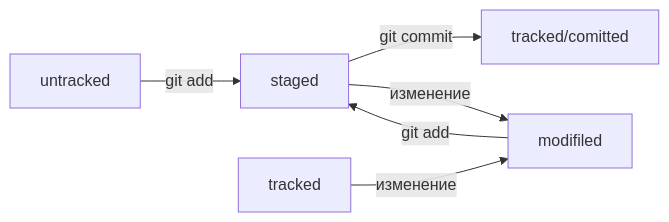
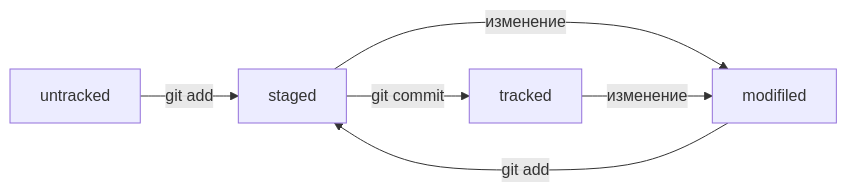
One commit to AvdakovArtem/cheatsheet changed the diagram in README.md. Above: the diagram before and after it, drawn with Mermaid.

Commit message:
Шпаргалка - убрать у схемы статусов комитта, статус tracked/comitted

````diff
--- a/README.md
+++ b/README.md
@@ -64,8 +64,8 @@
 ```mermaid  
 graph LR;  
 untracked -- "git add"    --> staged;  
-staged    -- "git commit" --> tracked/comitted;  
+staged    -- "git commit" --> tracked;  
 staged    -- "изменение"  --> modifiled;  
 modifiled -- "git add"    --> staged;  
 tracked   -- "изменение"  --> modifiled;  
 ```
````
